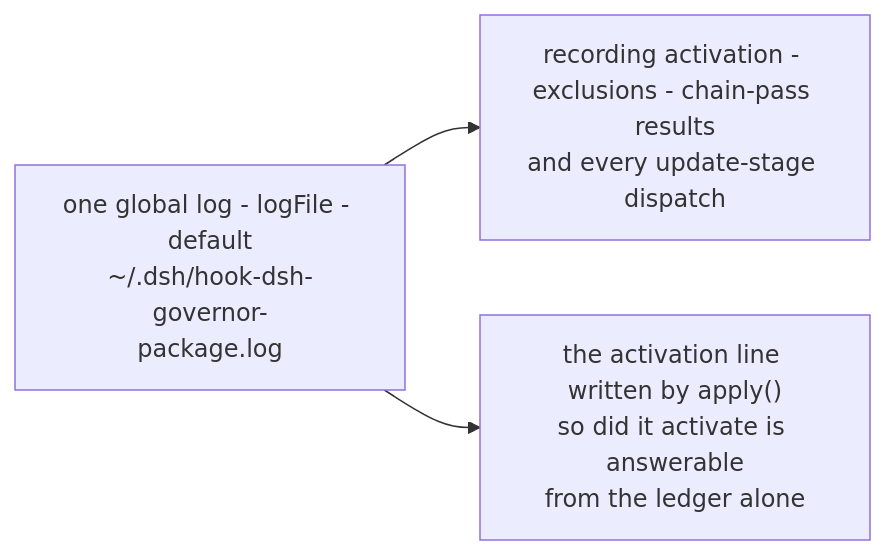
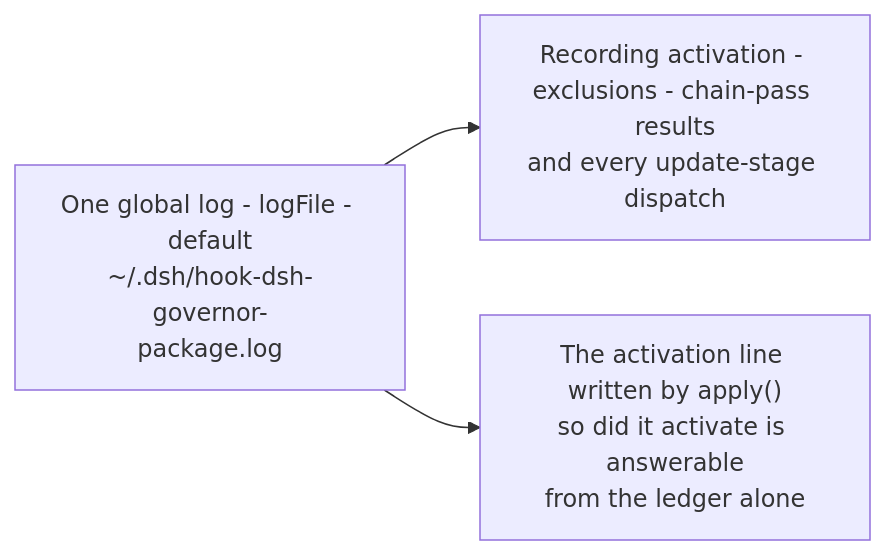
Before and after one commit to PlayForm/Site-DeepSeek: the diagram in Source/Content/Mermaid/govpkg-ledger-log.mmd, drawn with Mermaid. The commit also changed 90 other files, not shown here.

```diff
--- a/Source/Content/Mermaid/govpkg-ledger-log.mmd
+++ b/Source/Content/Mermaid/govpkg-ledger-log.mmd
@@ -1,6 +1,6 @@
 flowchart LR
-	LOG["one global log - logFile - default<br/>~/.dsh/hook-dsh-governor-<br/>package.log"]
-	REC["recording activation - exclusions - chain-pass results<br/>and every update-stage dispatch"]
-	ACT["the activation line written by apply()<br/>so did it activate is answerable<br/>from the ledger alone"]
+	LOG["One global log - logFile - default<br/>~/.dsh/hook-dsh-governor-<br/>package.log"]
+	REC["Recording activation - exclusions - chain-pass results<br/>and every update-stage dispatch"]
+	ACT["The activation line written by apply()<br/>so did it activate is answerable<br/>from the ledger alone"]
 	LOG --> REC
 	LOG --> ACT
```
